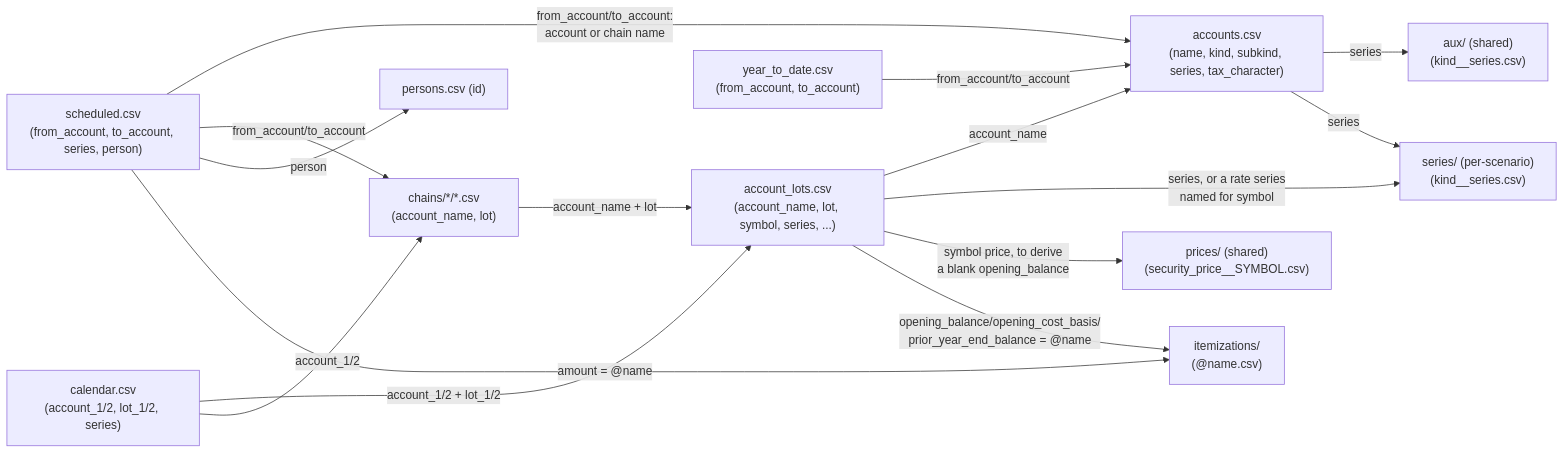
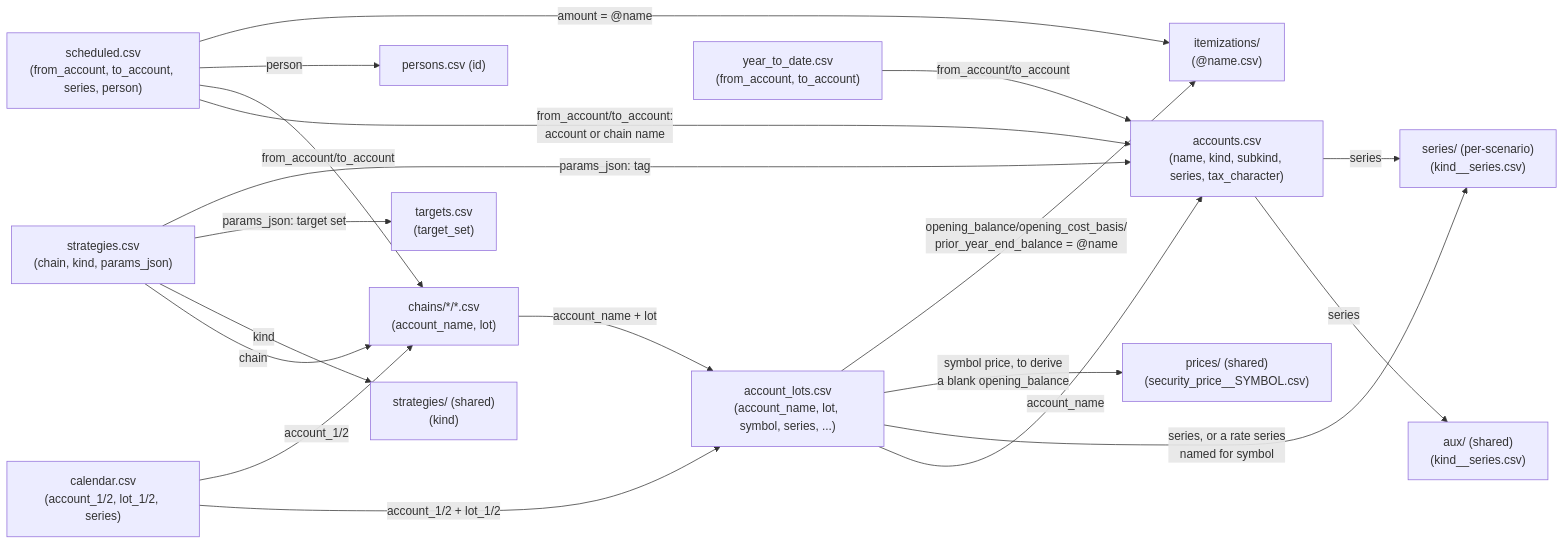
The second of 2 diagrams in docs/architecture/ADR-003-registries-and-csv-schemas.md (BobKerns/analysis), drawn with Mermaid before and after one commit. The commit also changed other lines of this file and 8 other files, not shown here.

````diff
--- a/docs/architecture/ADR-003-registries-and-csv-schemas.md
+++ b/docs/architecture/ADR-003-registries-and-csv-schemas.md
@@ -379,43 +380,53 @@
 ```mermaid
 flowchart LR
     accounts["accounts.csv
 (name, kind, subkind, series, tax_character)"]
     values["account_lots.csv
 (account_name, lot, symbol, series, ...)"]
     chains["chains/*/*.csv
 (account_name, lot)"]
     scheduled["scheduled.csv
 (from_account, to_account, series, person)"]
     calendar["calendar.csv
 (account_1/2, lot_1/2, series)"]
     ytd["year_to_date.csv
 (from_account, to_account)"]
     persons["persons.csv (id)"]
     aux["aux/ (shared)
 (kind__series.csv)"]
     series["series/ (per-scenario)
 (kind__series.csv)"]
     prices["prices/ (shared)
 (security_price__SYMBOL.csv)"]
     itemizations["itemizations/
 (@name.csv)"]
+    strategy_rows["strategies.csv
+(chain, kind, params_json)"]
+    targets["targets.csv
+(target_set)"]
+    code["strategies/ (shared)
+(kind)"]
 
     values -->|account_name| accounts
     chains -->|account_name + lot| values
     scheduled -->|from_account/to_account:
 account or chain name| accounts
     scheduled -->|from_account/to_account| chains
     scheduled -->|person| persons
     calendar -->|account_1/2 + lot_1/2| values
     calendar -->|account_1/2| chains
     ytd -->|from_account/to_account| accounts
     accounts -->|series| aux
     accounts -->|series| series
     values -->|series, or a rate series
 named for symbol| series
     values -->|symbol price, to derive
 a blank opening_balance| prices
     values -->|opening_balance/opening_cost_basis/
 prior_year_end_balance = @name| itemizations
     scheduled -->|amount = @name| itemizations
+    strategy_rows -->|chain| chains
+    strategy_rows -->|kind| code
+    strategy_rows -->|params_json: target set| targets
+    strategy_rows -->|params_json: tag| accounts
 ```
````
